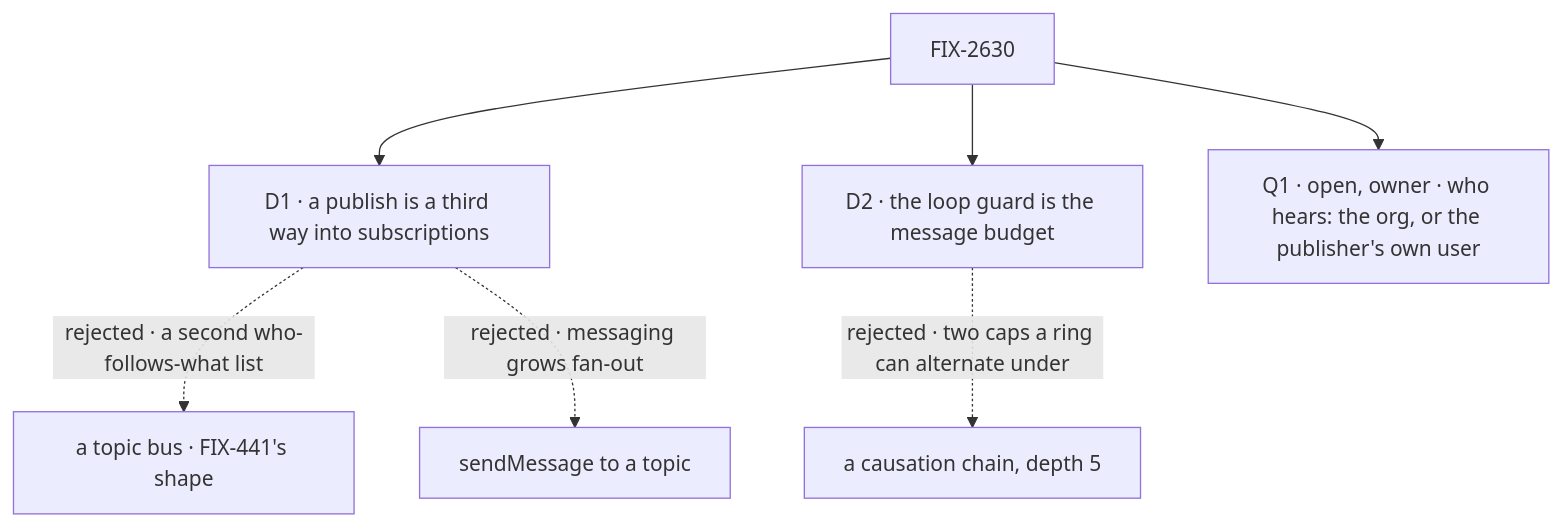
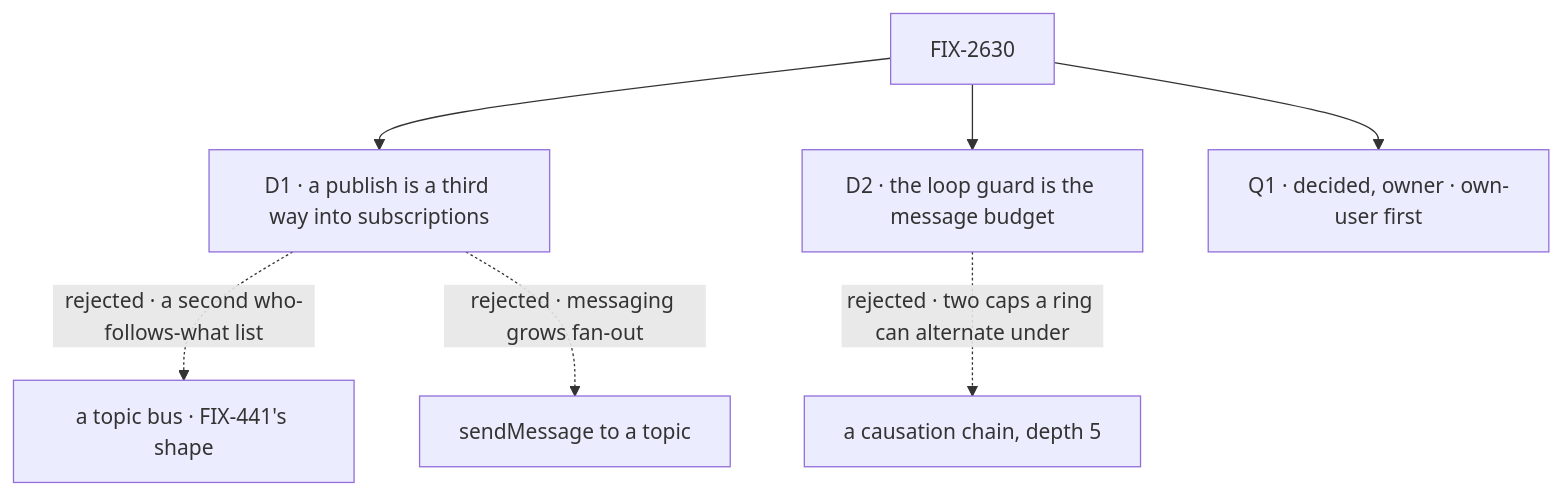
One commit to fixpoint-labs/flow-state-dev changed the diagram in specs/issues/FIX-2630/DECISIONS.md. Above: the diagram before and after it, drawn with Mermaid. The commit also changed other lines of this file and 1 other file, not shown here.

First line of the commit message:
spec(FIX-2630): record Q1, own-user first; the goal check expects the teammate to hear nothing

````diff
--- a/specs/issues/FIX-2630/DECISIONS.md
+++ b/specs/issues/FIX-2630/DECISIONS.md
@@ -9,9 +9,9 @@
 ```mermaid
 flowchart TD
   I["FIX-2630"] --> D1["D1 · a publish is a third way into subscriptions"]
   D1 -.->|"rejected · a second who-follows-what list"| X1["a topic bus · FIX-441's shape"]
   D1 -.->|"rejected · messaging grows fan-out"| X2["sendMessage to a topic"]
   I --> D2["D2 · the loop guard is the message budget"]
   D2 -.->|"rejected · two caps a ring can alternate under"| X3["a causation chain, depth 5"]
-  I --> Q1["Q1 · open, owner · who hears: the org, or the publisher's own user"]
+  I --> Q1["Q1 · decided, owner · own-user first"]
 ```
````
